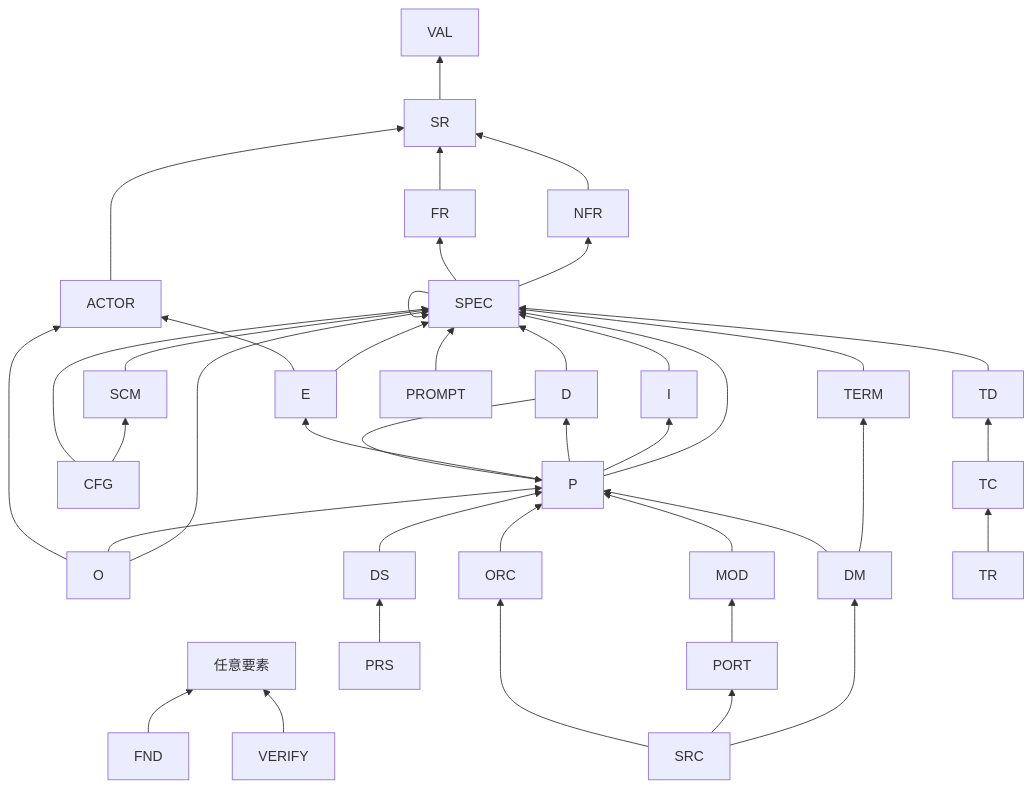
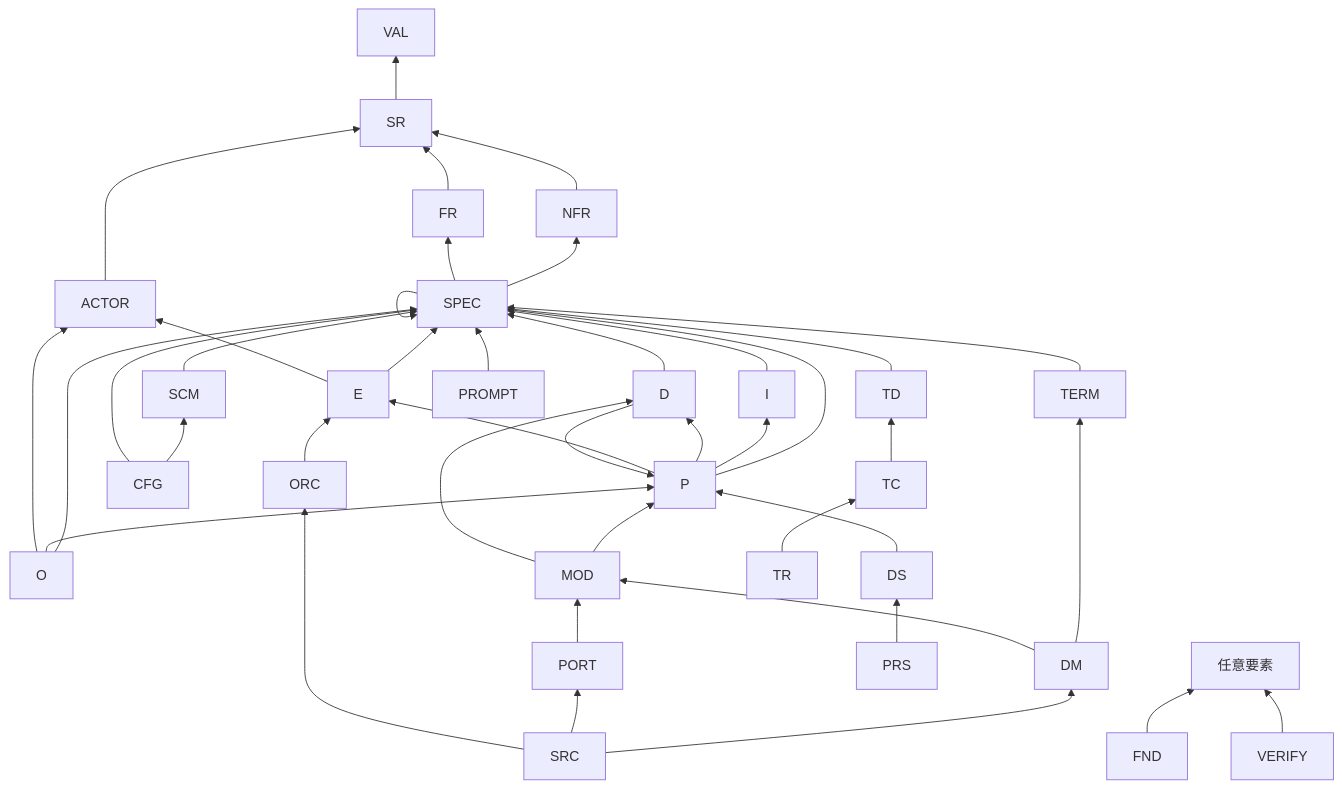
The diagram in docs/doc-system/03-connection-matrix.md (hiratashinnya/review-system), drawn with Mermaid before and after one commit. The commit also changed other lines of this file and 8 other files, not shown here.

````diff
--- a/docs/doc-system/03-connection-matrix.md
+++ b/docs/doc-system/03-connection-matrix.md
@@ -17,42 +17,43 @@
 ```mermaid
 flowchart BT
   SR --> VAL
   FR --> SR
   NFR --> SR
   SPEC --> NFR
   SPEC --> FR
   SPEC --> SPEC
   TERM --> SPEC
   ACTOR --> SR
   I --> SPEC
   O --> SPEC
   O --> P
   O --> ACTOR
   D --> SPEC
   D --> P
   P --> SPEC
   P --> I
   P --> D
   P --> E
   E --> SPEC
   E --> ACTOR
-  ORC --> P
+  ORC --> E
   DS --> P
   MOD --> P
+  MOD --> D
   DM --> TERM
-  DM --> P
+  DM --> MOD
   PORT --> MOD
   PRS --> DS
   SCM --> SPEC
   CFG --> SCM
   CFG --> SPEC
   PROMPT --> SPEC
   SRC --> DM
   SRC --> PORT
   SRC --> ORC
   TD --> SPEC
   TC --> TD
   TR --> TC
   VERIFY --> 任意要素
   FND --> 任意要素
 ```
````
